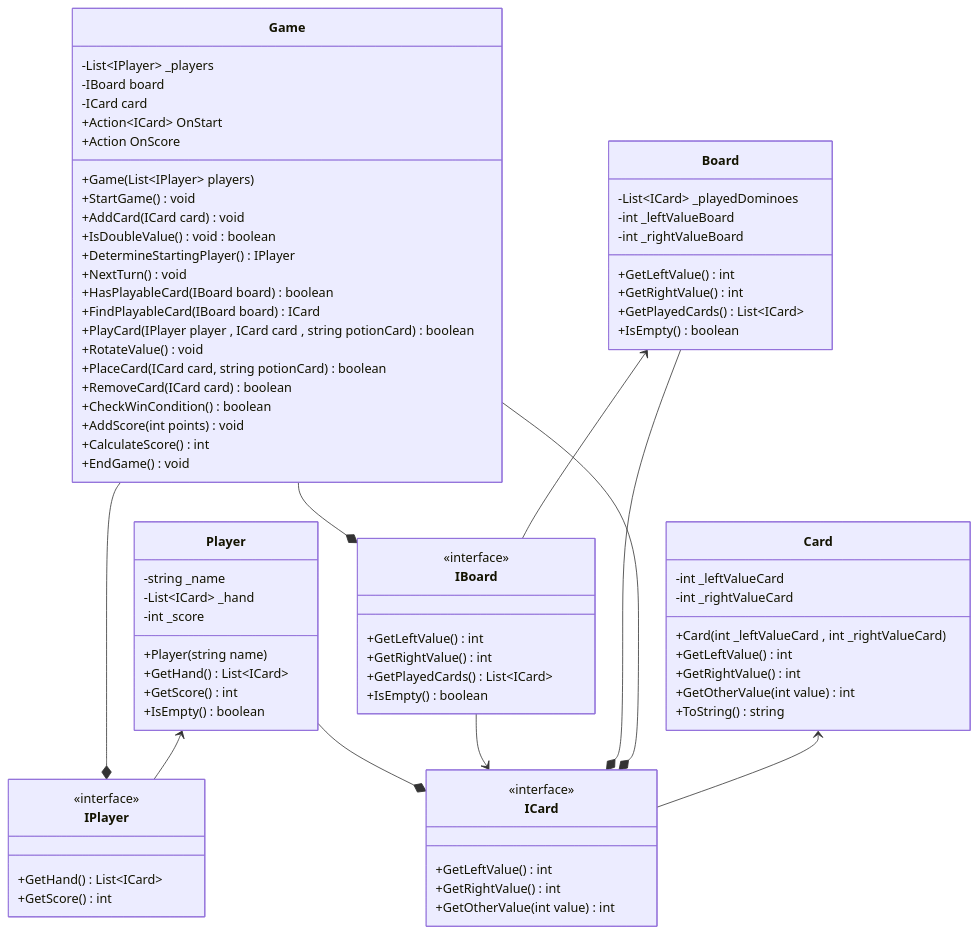
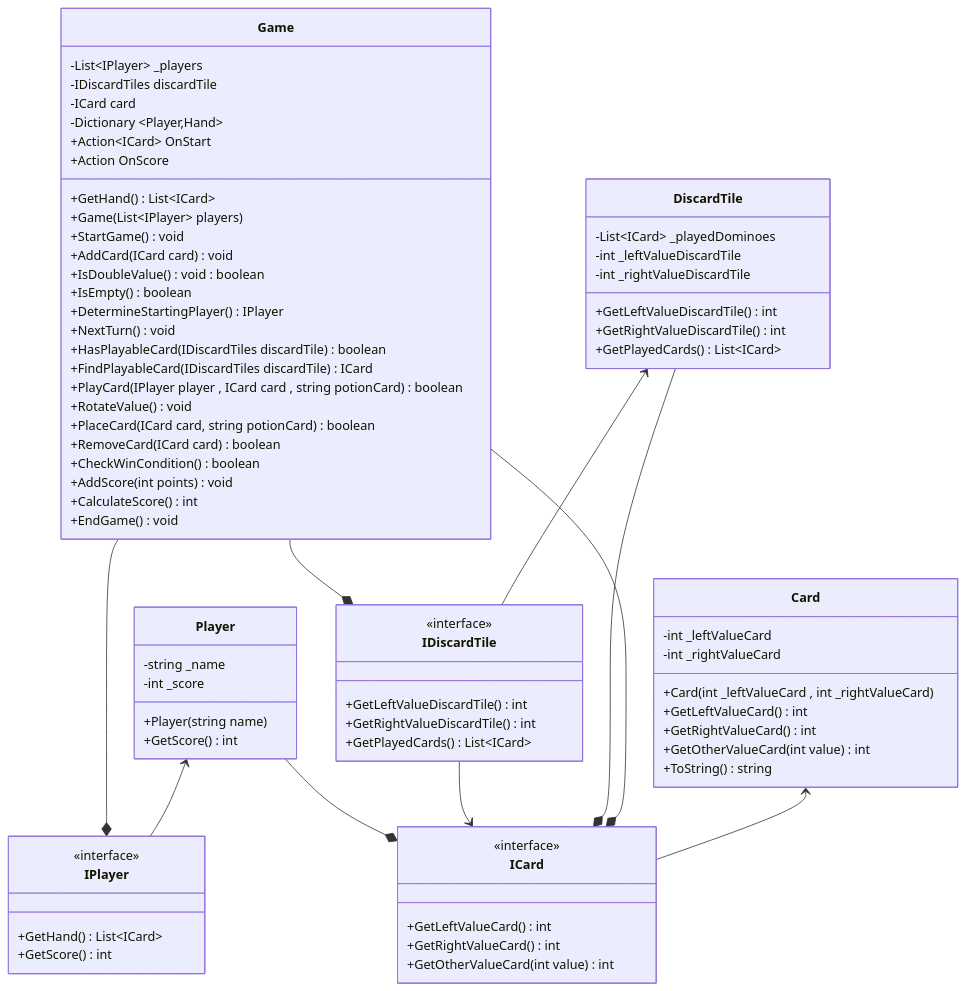
The diagram in ClassDiagram/Domino.mmd (gumilang1205/bootc14), drawn with Mermaid before and after one commit. The commit also changed 3 other files, not shown here.

```diff
--- a/ClassDiagram/Domino.mmd
+++ b/ClassDiagram/Domino.mmd
@@ -1,95 +1,95 @@
 classDiagram
 class Game {
     -List~IPlayer~ _players
-    -IBoard board 
+    -IDiscardTiles discardTile 
     -ICard card
+    %% -List~ICard~ _hand
+    -Dictionary ~Player,Hand~
+    +GetHand() List~ICard~
     +Action~ICard~ OnStart
     +Action OnScore
     +Game(List~IPlayer~ players)
     +StartGame() void
     +AddCard(ICard card) void
     +IsDoubleValue() void : boolean
+    +IsEmpty() boolean
     +DetermineStartingPlayer() IPlayer
     +NextTurn() void
-    +HasPlayableCard(IBoard board) boolean
-    +FindPlayableCard(IBoard board) ICard
+    +HasPlayableCard(IDiscardTiles discardTile) boolean
+    +FindPlayableCard(IDiscardTiles discardTile) ICard
     +PlayCard(IPlayer player , ICard card , string potionCard) boolean
     +RotateValue()  void 
     +PlaceCard(ICard card, string potionCard) boolean  
     +RemoveCard(ICard card) boolean
     +CheckWinCondition() boolean
     +AddScore(int points) void
     +CalculateScore() int
     +EndGame() void
 }
 
 class Player {
     -string _name
-    -List~ICard~ _hand
     -int _score
     +Player(string name)
-    +GetHand() List~ICard~
     +GetScore() int
-    +IsEmpty() boolean
 }
 
 class Card {
     -int _leftValueCard
     -int _rightValueCard
     +Card(int _leftValueCard , int _rightValueCard)
-    +GetLeftValue() int
-    +GetRightValue() int
-    +GetOtherValue(int value) int
+    +GetLeftValueCard() int
+    +GetRightValueCard() int
+    +GetOtherValueCard(int value) int
     +ToString() string
 }
 
 %% class Hand {
 %%     -List~ICard~ _card
 %%     +GetCards(): List~ICard~
     
 %% }
 
-class Board {
+class DiscardTile {
     -List~ICard~ _playedDominoes 
-    -int _leftValueBoard
-    -int _rightValueBoard
-    +GetLeftValue() int
-    +GetRightValue() int
+    -int _leftValueDiscardTile
+    -int _rightValueDiscardTile
+    +GetLeftValueDiscardTile() int
+    +GetRightValueDiscardTile() int
     +GetPlayedCards() List~ICard~
-    +IsEmpty() boolean
 }
 
-class IBoard {
+class IDiscardTile {
     <<interface>>
-    +GetLeftValue() int
-    +GetRightValue() int
+    +GetLeftValueDiscardTile() int
+    +GetRightValueDiscardTile() int
     +GetPlayedCards() List~ICard~
-    +IsEmpty() boolean
+
 }
 class IPlayer {
     <<interface>>
     +GetHand() List~ICard~
     +GetScore() int
 }
 class ICard {
     <<interface>>
-    +GetLeftValue() int
-    +GetRightValue() int
-    +GetOtherValue(int value) int
+    +GetLeftValueCard() int
+    +GetRightValueCard() int
+    +GetOtherValueCard(int value) int
 }
 %%implementasi
-Board <-- IBoard
+DiscardTile <-- IDiscardTile
 Player <-- IPlayer
 Card <-- ICard
 %%assosiation
 Game --* IPlayer
-Game --* IBoard
+Game --* IDiscardTile
 Game --* ICard
-Board --* ICard
-IBoard --> ICard
+DiscardTile --* ICard
+IDiscardTile --> ICard
 Player --*ICard
 %% Game "1" -- "*" IPlayer : contains
 %% Game "1" -- "1" Board : uses
 %% Player "1" -- "1" Hand : has
 %% Hand "1" -- "*" Card : contains
 %% Board "1" -- "*" Card : displays
```
